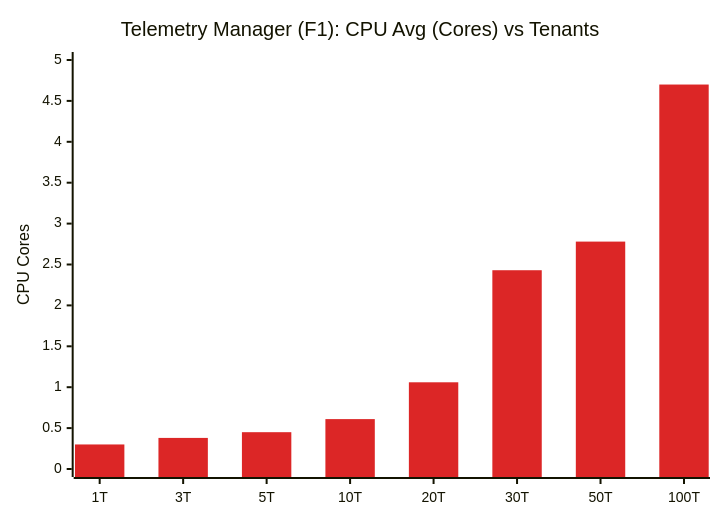
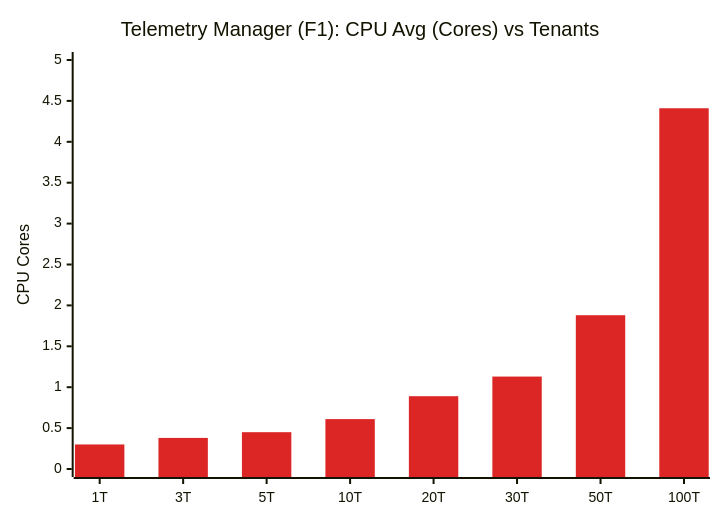
The fifth of 8 diagrams in result.md (tom-ludwig/kyma-telemetry-gardener-test-cluster), drawn with Mermaid before and after one commit. The commit also changed other lines of this file and 1 other file, not shown here.

````diff
--- a/result.md
+++ b/result.md
@@ -193,13 +195,13 @@
 ```mermaid
 ---
 config:
   themeVariables:
     xyChart:
       plotColorPalette: "#dc2626"
 ---
 xychart-beta
     title "Telemetry Manager (F1): CPU Avg (Cores) vs Tenants"
     x-axis ["1T", "3T", "5T", "10T", "20T", "30T", "50T", "100T"]
     y-axis "CPU Cores" 0 --> 5
-    bar [0.30, 0.38, 0.45, 0.61, 1.06, 2.43, 2.78, 4.70]
+    bar [0.30, 0.38, 0.45, 0.61, 0.89, 1.13, 1.88, 4.41]
 ```
````
